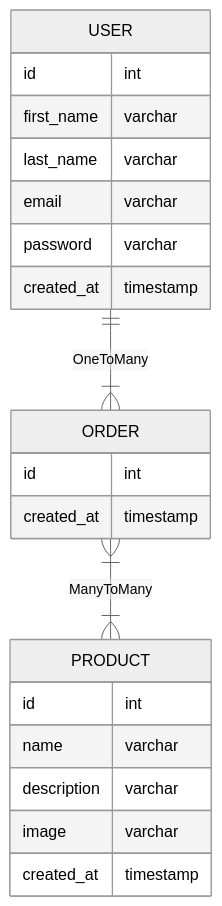
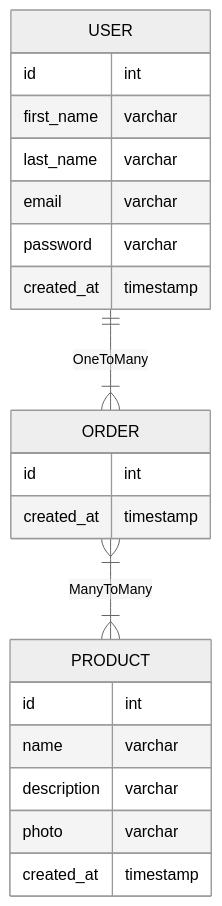
Before and after one commit to MisterPeModder/CyberMatos: the diagram in README.md, drawn with Mermaid (neutral theme). The commit also changed other lines of this file and 23 other files, not shown here.

````diff
--- a/README.md
+++ b/README.md
@@ -88,24 +90,24 @@
 ```mermaid
 erDiagram
     USER ||--|{ ORDER : OneToMany
     USER {
       id int
       first_name varchar
       last_name varchar
       email varchar
       password varchar
       created_at timestamp
     }
     ORDER }|--|{ PRODUCT : ManyToMany
     ORDER {
       id int
       created_at timestamp
     }
     PRODUCT {
       id int
       name varchar
       description varchar
-      image varchar
+      photo varchar
       created_at timestamp
     }
 ```
````
